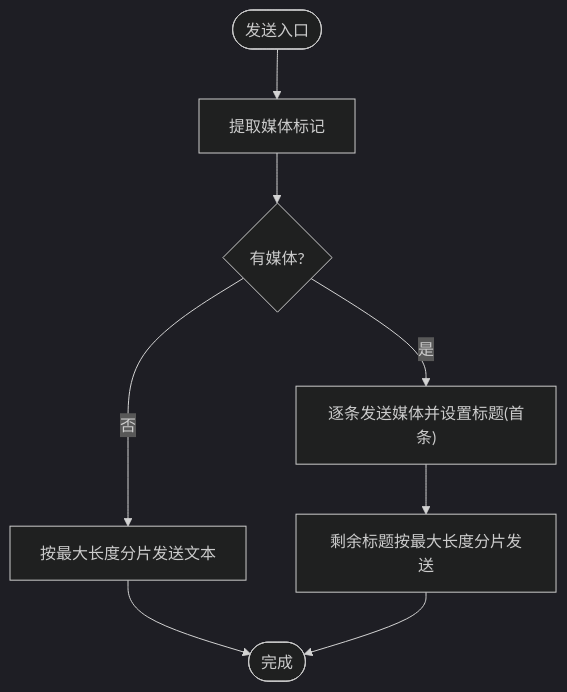
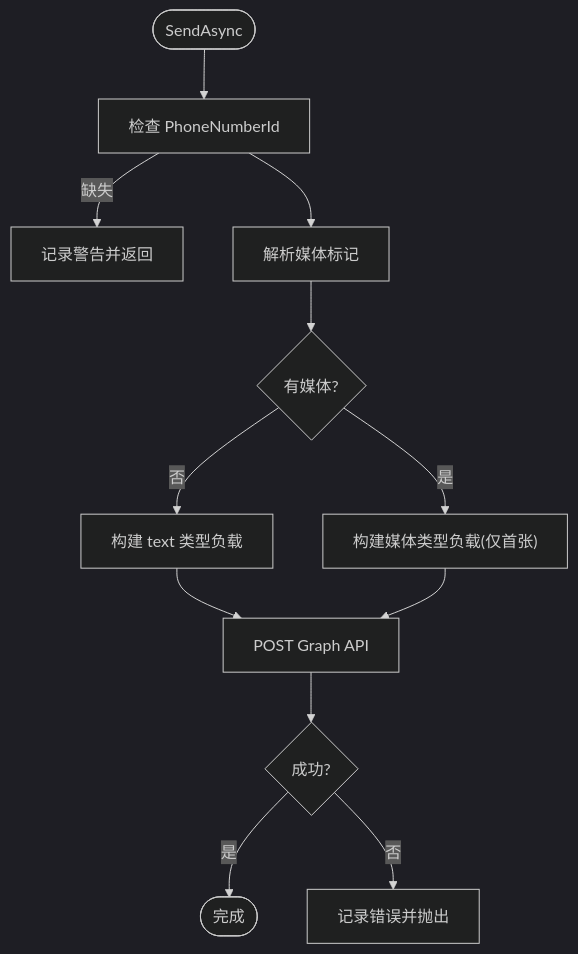
Before and after one commit to wayyet/kingcrab: the eighth of 9 diagrams in .qoder/repowiki/zh/content/通信渠道/通信渠道.md, drawn with Mermaid (dark theme). The commit also changed other lines of this file and 173 other files, not shown here.

````diff
--- a/.qoder/repowiki/zh/content/通信渠道/通信渠道.md
+++ b/.qoder/repowiki/zh/content/通信渠道/通信渠道.md
@@ -301,10 +302,14 @@
 ```mermaid
 flowchart TD
-S(["发送入口"]) --> Parse["提取媒体标记"]
+Start(["SendAsync"]) --> CheckPN["检查 PhoneNumberId"]
+CheckPN --> |缺失| Warn["记录警告并返回"]
+CheckPN --> Parse["解析媒体标记"]
 Parse --> HasMedia{"有媒体?"}
-HasMedia --> |否| TextOnly["按最大长度分片发送文本"]
-HasMedia --> |是| MediaLoop["逐条发送媒体并设置标题(首条)"]
-MediaLoop --> CaptionRest["剩余标题按最大长度分片发送"]
-TextOnly --> Done(["完成"])
-CaptionRest --> Done
+HasMedia --> |否| BuildText["构建 text 类型负载"]
+HasMedia --> |是| BuildMedia["构建媒体类型负载(仅首张)"]
+BuildText --> Post["POST Graph API"]
+BuildMedia --> Post
+Post --> Resp{"成功?"}
+Resp --> |是| Done(["完成"])
+Resp --> |否| LogErr["记录错误并抛出"]
 ```
````
